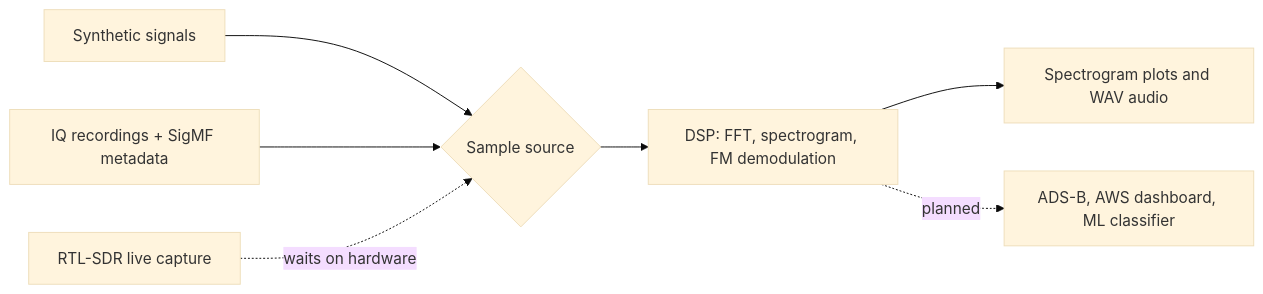
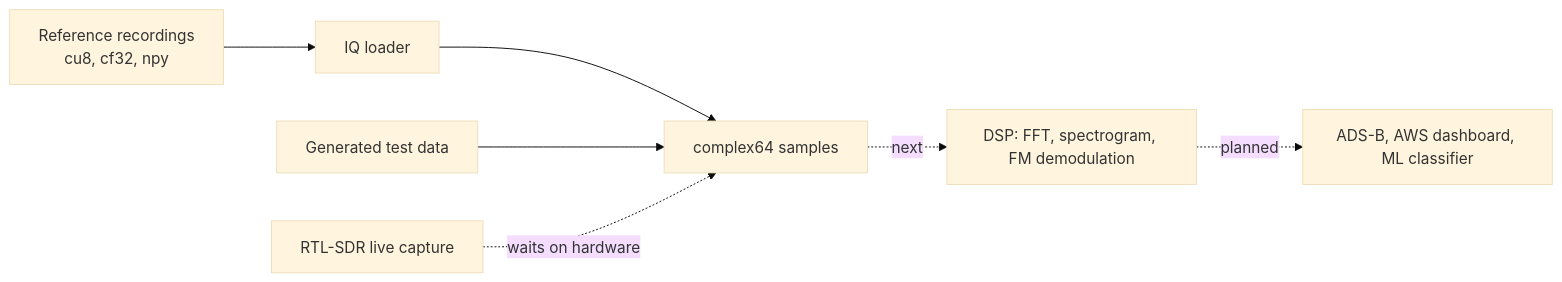
One commit to grandmas-code-mill/pi-rf-monitor changed the diagram in README.md. Above: the diagram before and after it, drawn with Mermaid (base theme). The commit also changed other lines of this file, not shown here.

````diff
--- a/README.md
+++ b/README.md
@@ -26,9 +26,9 @@
 ```mermaid
 flowchart LR
-    A[Synthetic signals] --> S{Sample source}
-    B[IQ recordings + SigMF metadata] --> S
+    A[Reference recordings<br/>cu8, cf32, npy] --> L[IQ loader]
+    L --> S[complex64 samples]
+    G[Generated test data] --> S
     C[RTL-SDR live capture] -.->|waits on hardware| S
-    S --> D[DSP: FFT, spectrogram, FM demodulation]
-    D --> E[Spectrogram plots and WAV audio]
+    S -.->|next| D[DSP: FFT, spectrogram, FM demodulation]
     D -.->|planned| F[ADS-B, AWS dashboard, ML classifier]
 ```
````
